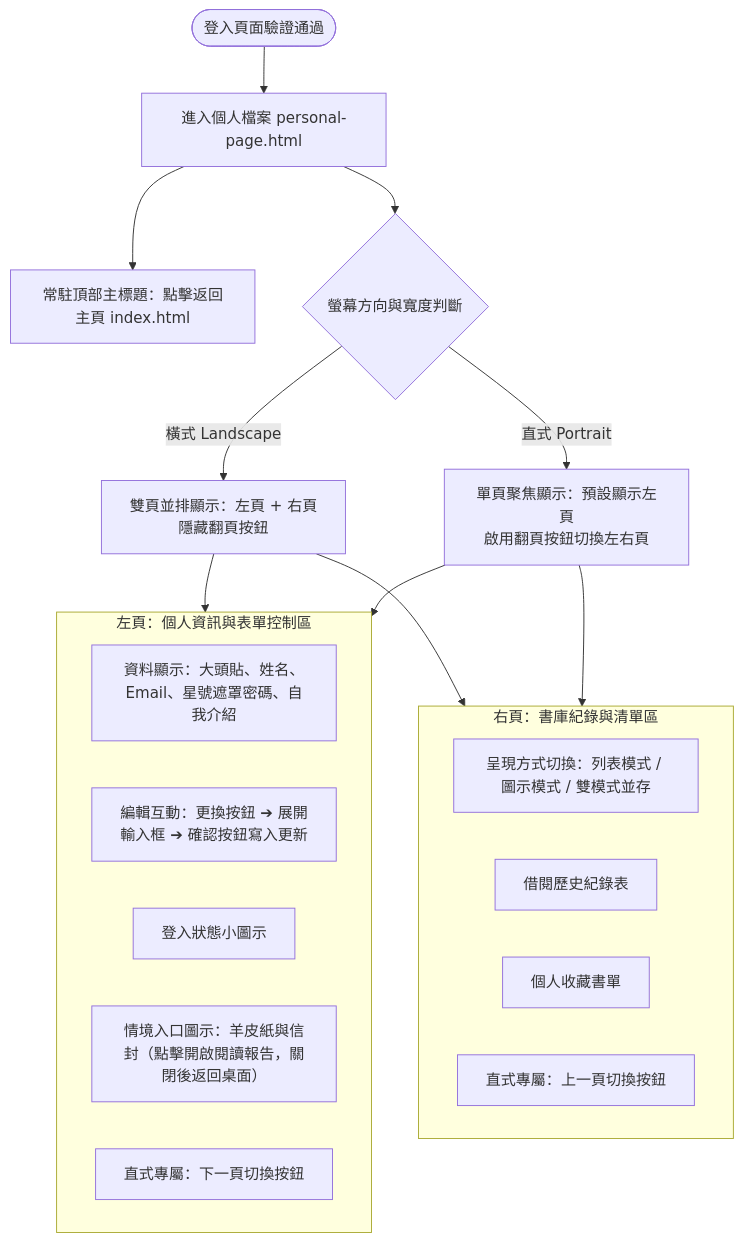
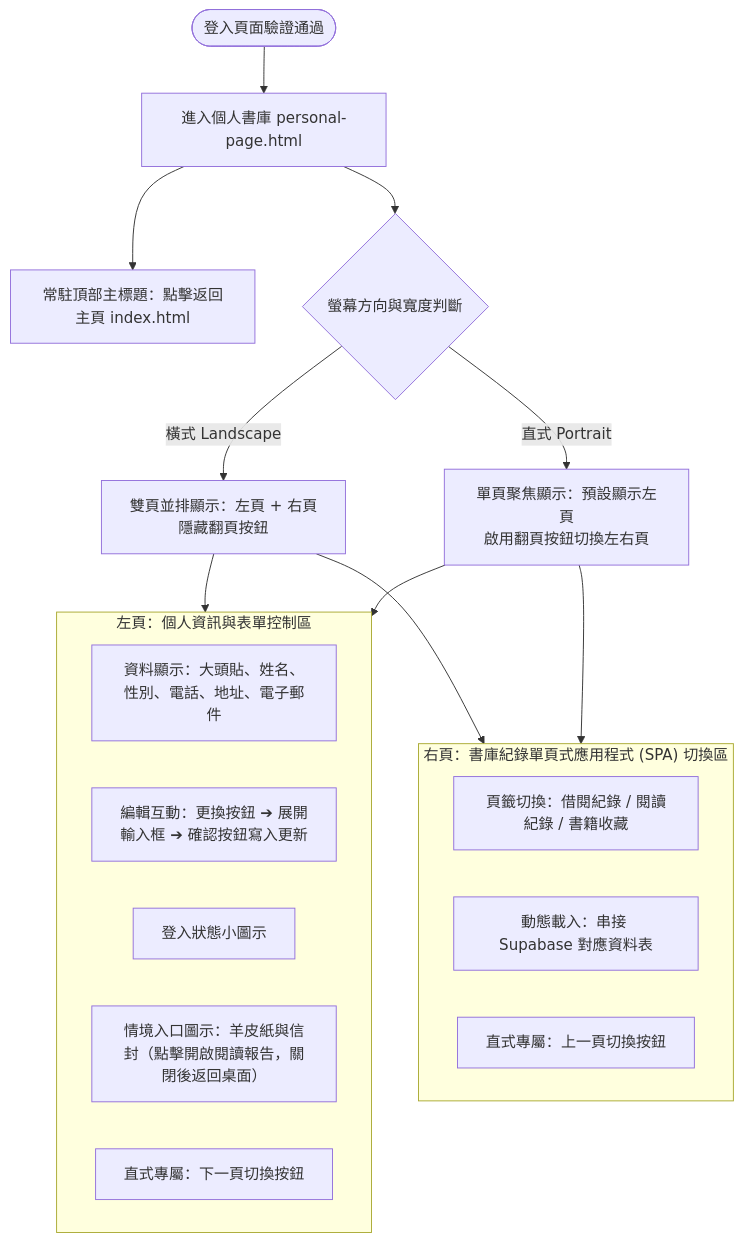
The third of 4 diagrams in README.md (xGreedwindx/sylvan-folios-library), drawn with Mermaid before and after one commit. The commit also changed other lines of this file, not shown here.

````diff
--- a/README.md
+++ b/README.md
@@ -123,28 +125,27 @@
 ```mermaid
 flowchart TD
-    Auth([登入頁面驗證通過]) --> PersonalPage[進入個人檔案 personal-page.html]
+    Auth(["登入頁面驗證通過"]) --> PersonalPage["進入個人書庫 personal-page.html"]
     
-    PersonalPage --> GlobalHeader[常駐頂部主標題：點擊返回主頁 index.html]
-    PersonalPage --> OrientationCheck{螢幕方向與寬度判斷}
+    PersonalPage --> GlobalHeader["常駐頂部主標題：點擊返回主頁 index.html"]
+    PersonalPage --> OrientationCheck{"螢幕方向與寬度判斷"}
     
-    OrientationCheck -->|橫式 Landscape| DualView[雙頁並排顯示：左頁 + 右頁<br/>隱藏翻頁按鈕]
-    OrientationCheck -->|直式 Portrait| SingleView[單頁聚焦顯示：預設顯示左頁<br/>啟用翻頁按鈕切換左右頁]
+    OrientationCheck -->|"橫式 Landscape"| DualView["雙頁並排顯示：左頁 + 右頁<br/>隱藏翻頁按鈕"]
+    OrientationCheck -->|"直式 Portrait"| SingleView["單頁聚焦顯示：預設顯示左頁<br/>啟用翻頁按鈕切換左右頁"]
     
     DualView & SingleView --> LeftPage
     DualView & SingleView --> RightPage
     
-    subgraph LeftPage [左頁：個人資訊與表單控制區]
-        L_Info[資料顯示：大頭貼、姓名、Email、星號遮罩密碼、自我介紹]
-        L_Edit[編輯互動：更換按鈕 ➔ 展開輸入框 ➔ 確認按鈕寫入更新]
-        L_LoginIcon[登入狀態小圖示]
-        L_Report[情境入口圖示：羊皮紙與信封（點擊開啟閱讀報告，關閉後返回桌面）]
-        L_NextBtn[直式專屬：下一頁切換按鈕]
+    subgraph LeftPage ["左頁：個人資訊與表單控制區"]
+        L_Info["資料顯示：大頭貼、姓名、性別、電話、地址、電子郵件"]
+        L_Edit["編輯互動：更換按鈕 ➔ 展開輸入框 ➔ 確認按鈕寫入更新"]
+        L_LoginIcon["登入狀態小圖示"]
+        L_Report["情境入口圖示：羊皮紙與信封（點擊開啟閱讀報告，關閉後返回桌面）"]
+        L_NextBtn["直式專屬：下一頁切換按鈕"]
     end
     
-    subgraph RightPage [右頁：書庫紀錄與清單區]
-        R_ViewMode[呈現方式切換：列表模式 / 圖示模式 / 雙模式並存]
-        R_History[借閱歷史紀錄表]
-        R_Fav[個人收藏書單]
-        R_PrevBtn[直式專屬：上一頁切換按鈕]
+    subgraph RightPage ["右頁：書庫紀錄單頁式應用程式 (SPA) 切換區"]
+        R_Tab["頁籤切換：借閱紀錄 / 閱讀紀錄 / 書籍收藏"]
+        R_Data["動態載入：串接 Supabase 對應資料表"]
+        R_PrevBtn["直式專屬：上一頁切換按鈕"]
     end
 ```
````
